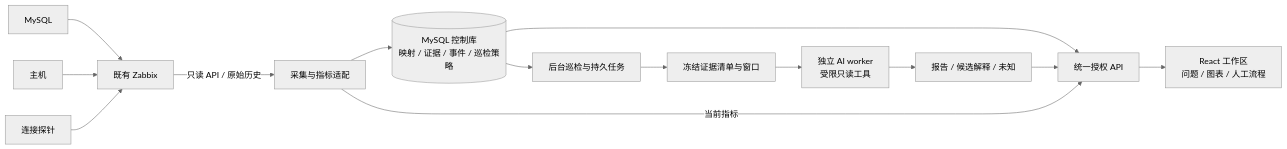
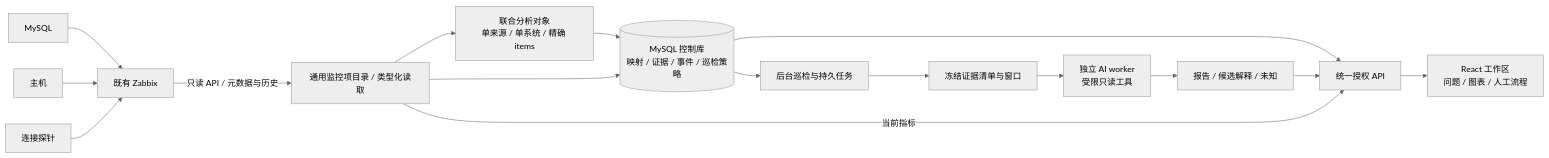
One commit to catdogrennie-gt/db-evidence-platform changed the diagram in README.md. Above: the diagram before and after it, drawn with Mermaid (neutral theme). The commit also changed other lines of this file and 34 other files, not shown here.

````diff
--- a/README.md
+++ b/README.md
@@ -99,16 +106,18 @@
 ```mermaid
 flowchart LR
     DB[MySQL] --> Z[既有 Zabbix]
     HOST[主机] --> Z
     PROBE[连接探针] --> Z
-    Z -->|只读 API / 原始历史| C[采集与指标适配]
+    Z -->|只读 API / 元数据与历史| C[通用监控项目录 / 类型化读取]
+    C --> G["联合分析对象<br/>单来源 / 单系统 / 精确 items"]
+    G --> S
     C --> S[("MySQL 控制库<br/>映射 / 证据 / 事件 / 巡检策略")]
     S --> W[后台巡检与持久任务]
     W --> F[冻结证据清单与窗口]
     F --> AI["独立 AI worker<br/>受限只读工具"]
     AI --> R[报告 / 候选解释 / 未知]
     S --> API[统一授权 API]
     R --> API
     C -->|当前指标| API
     API --> UI["React 工作区<br/>问题 / 图表 / 人工流程"]
 ```
````
